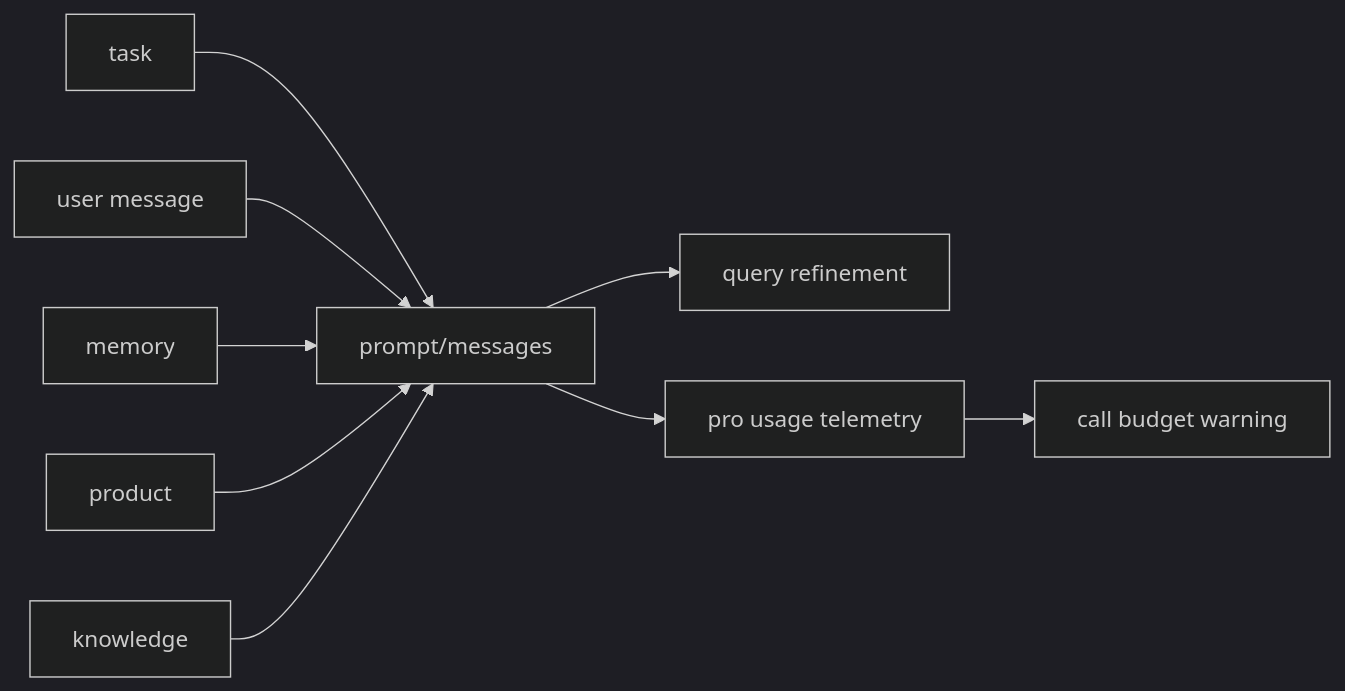
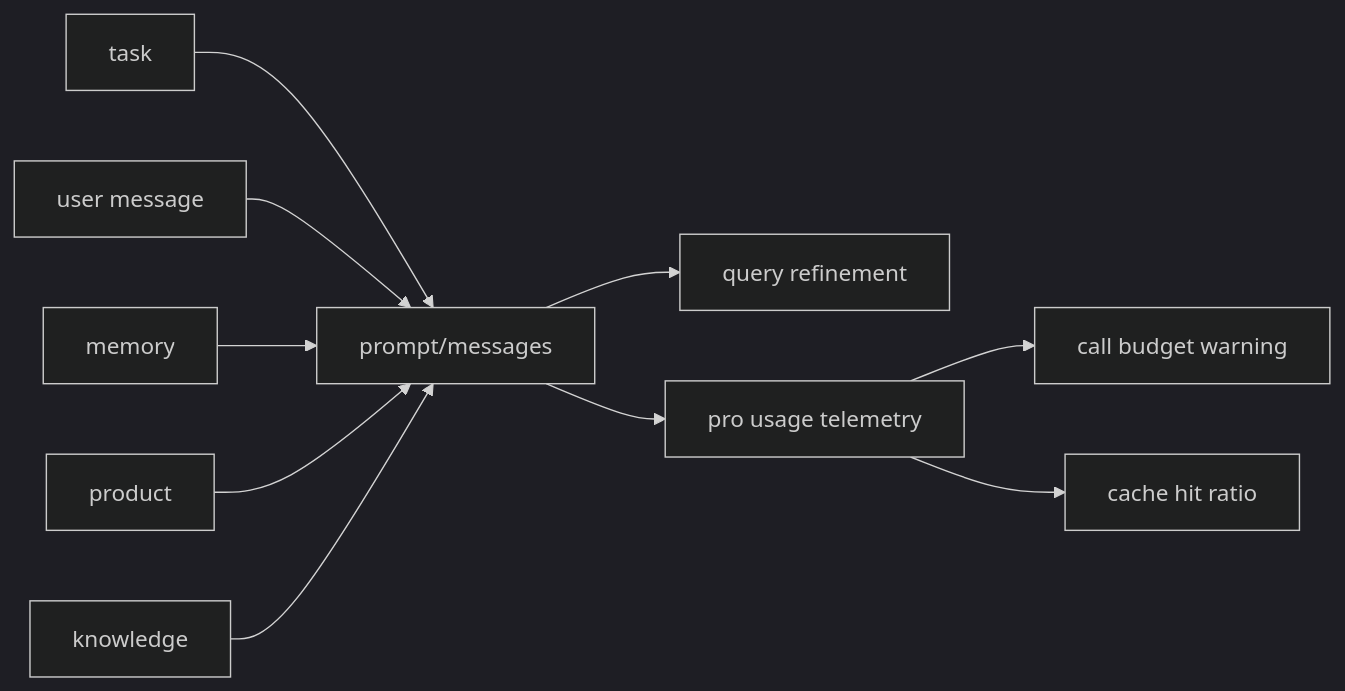
Before and after one commit to ImWenyaoT/chatty: the tenth of 24 diagrams in docs/design.md, drawn with Mermaid (dark theme). The commit also changed other lines of this file and 7 other files, not shown here.

````diff
--- a/docs/design.md
+++ b/docs/design.md
@@ -208,11 +214,12 @@
 ```mermaid
 flowchart LR
   Task["task"] --> Prompt["prompt/messages"]
   User["user message"] --> Prompt
   Memory["memory"] --> Prompt
   Product["product"] --> Prompt
   Knowledge["knowledge"] --> Prompt
   Prompt --> Query["query refinement"]
   Prompt --> Cost["pro usage telemetry"]
   Cost --> Budget["call budget warning"]
+  Cost --> Cache["cache hit ratio"]
 ```
````
